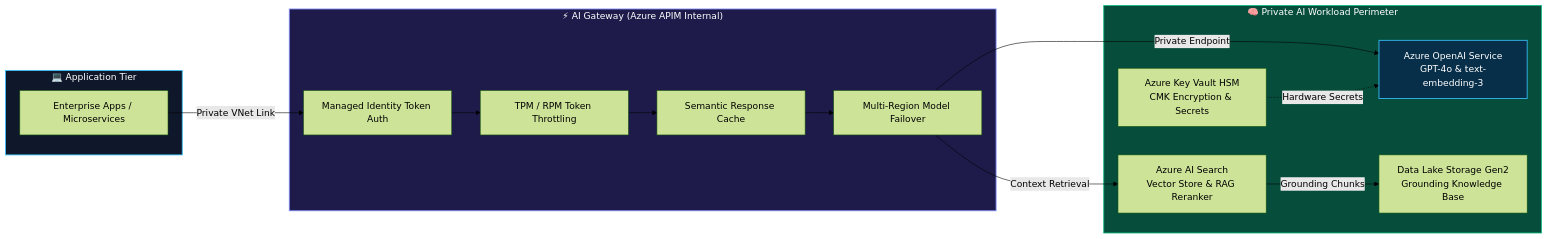
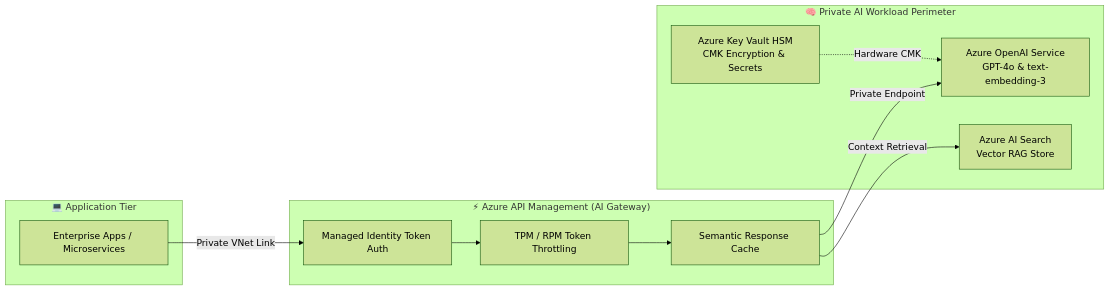
Before and after one commit to sanjiivsingh/sanjiivsingh: the first of 2 diagrams in README.md, drawn with Mermaid (forest theme). The commit also changed other lines of this file and 9 other files, not shown here.

Commit message:
feat(profile): visual redesign with 16:9 architecture cards, cohesive light theme, and optimized media

````diff
--- a/README.md
+++ b/README.md
@@ -175,32 +171,24 @@
 ```mermaid
 flowchart LR
     subgraph Client["💻 Application Tier"]
         APP[Enterprise Apps / Microservices]
     end
 
-    subgraph Gateway["⚡ AI Gateway (Azure APIM Internal)"]
+    subgraph Gateway["⚡ Azure API Management (AI Gateway)"]
         AUTH[Managed Identity Token Auth]
         THROTTLE[TPM / RPM Token Throttling]
         CACHE[Semantic Response Cache]
-        FAILOVER[Multi-Region Model Failover]
     end
 
     subgraph AIWorkload["🧠 Private AI Workload Perimeter"]
         OAI[Azure OpenAI Service\nGPT-4o & text-embedding-3]
-        SEARCH[Azure AI Search\nVector Store & RAG Reranker]
-        LAKE[Data Lake Storage Gen2\nGrounding Knowledge Base]
+        SEARCH[Azure AI Search\nVector RAG Store]
         KV[Azure Key Vault HSM\nCMK Encryption & Secrets]
     end
 
     APP -->|Private VNet Link| AUTH
-    AUTH --> THROTTLE --> CACHE --> FAILOVER
-    FAILOVER -->|Private Endpoint| OAI
-    FAILOVER -->|Context Retrieval| SEARCH
-    SEARCH -->|Grounding Chunks| LAKE
-    KV -.->|Hardware Secrets| OAI
-
-    style Client fill:#0f172a,stroke:#38bdf8,stroke-width:1.5px,color:#fff
-    style Gateway fill:#1e1b4b,stroke:#818cf8,stroke-width:1.5px,color:#fff
-    style AIWorkload fill:#064e3b,stroke:#10b981,stroke-width:1.5px,color:#fff
-    style OAI fill:#082f49,stroke:#38bdf8,stroke-width:1.5px,color:#fff
+    AUTH --> THROTTLE --> CACHE
+    CACHE -->|Private Endpoint| OAI
+    CACHE -->|Context Retrieval| SEARCH
+    KV -.->|Hardware CMK| OAI
 ```
````
